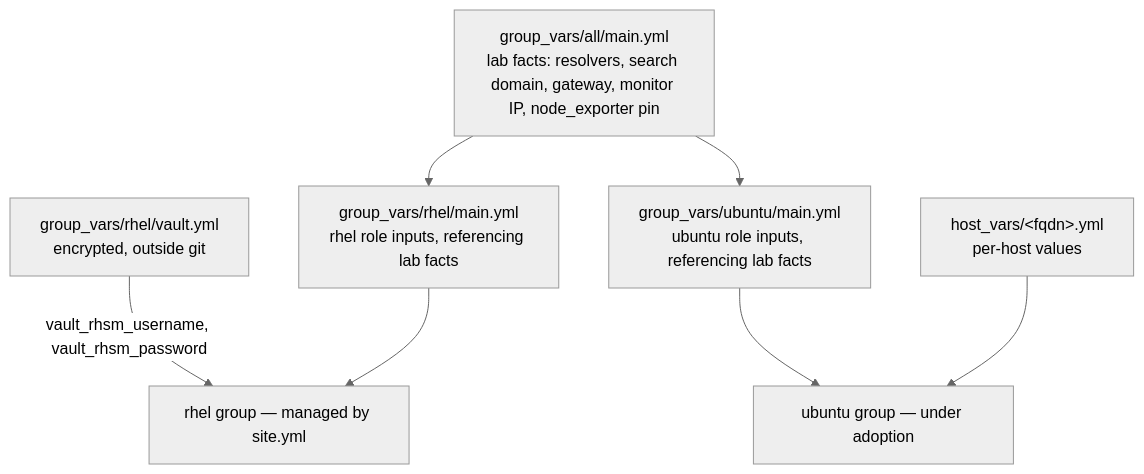
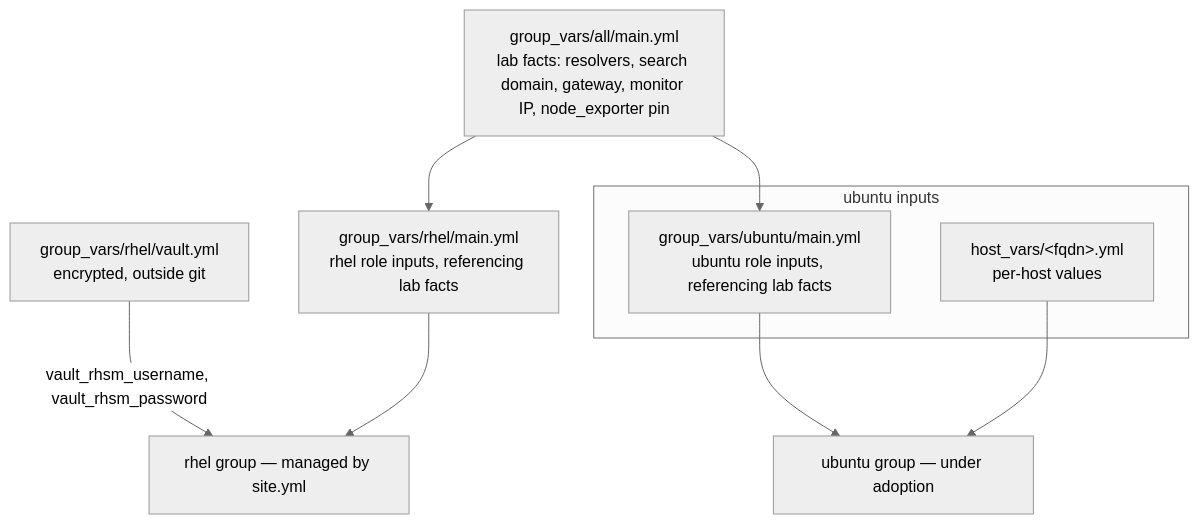
The diagram in README.md (eugeneivanov-dev/ansible), drawn with Mermaid (neutral theme) before and after one commit. The commit also changed other lines of this file, not shown here.

Commit message:
README: group ubuntu inputs in variables diagram

````diff
--- a/README.md
+++ b/README.md
@@ -41,17 +41,21 @@
 ```mermaid
 flowchart TB
     vault["group_vars/rhel/vault.yml<br/>encrypted, outside git"]
     lab_facts["group_vars/all/main.yml<br/>lab facts: resolvers, search domain, gateway, monitor IP, node_exporter pin"]
     rhel_vars["group_vars/rhel/main.yml<br/>rhel role inputs, referencing lab facts"]
-    ubuntu_vars["group_vars/ubuntu/main.yml<br/>ubuntu role inputs, referencing lab facts"]
-    host_vars["host_vars/&lt;fqdn&gt;.yml<br/>per-host values"]
+
+    subgraph ubuntu_inputs["ubuntu inputs"]
+        ubuntu_vars["group_vars/ubuntu/main.yml<br/>ubuntu role inputs, referencing lab facts"]
+        host_vars["host_vars/&lt;fqdn&gt;.yml<br/>per-host values"]
+    end
+
     rhel["rhel group — managed by site.yml"]
     ubuntu["ubuntu group — under adoption"]
 
     vault -- "vault_rhsm_username, vault_rhsm_password" --> rhel
     lab_facts --> rhel_vars
     lab_facts --> ubuntu_vars
     rhel_vars --> rhel
     ubuntu_vars --> ubuntu
     host_vars --> ubuntu
 ```
````
